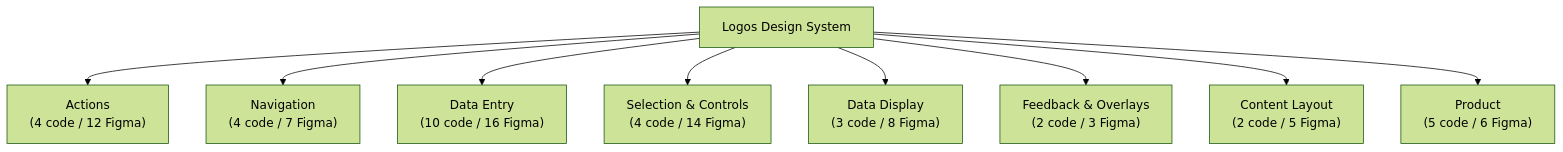
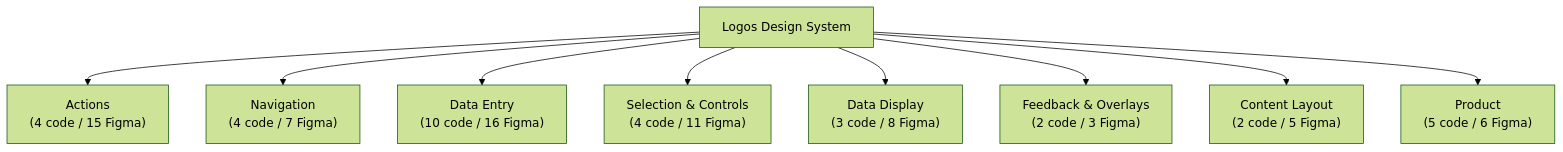
Before and after one commit to calebn/design-system-theme-evolution: the second of 2 diagrams in inventory/docs/08-taxonomy.md, drawn with Mermaid (forest theme). The commit also changed other lines of this file and 12 other files, not shown here.

````diff
--- a/inventory/docs/08-taxonomy.md
+++ b/inventory/docs/08-taxonomy.md
@@ -63,12 +63,12 @@
 ```mermaid
 graph TD
   DesignSystem["Logos Design System"]
-  DesignSystem --> actions["Actions\n(4 code / 12 Figma)"]
+  DesignSystem --> actions["Actions\n(4 code / 15 Figma)"]
   DesignSystem --> navigation["Navigation\n(4 code / 7 Figma)"]
   DesignSystem --> data_entry["Data Entry\n(10 code / 16 Figma)"]
-  DesignSystem --> selection["Selection & Controls\n(4 code / 14 Figma)"]
+  DesignSystem --> selection["Selection & Controls\n(4 code / 11 Figma)"]
   DesignSystem --> data_display["Data Display\n(3 code / 8 Figma)"]
   DesignSystem --> feedback["Feedback & Overlays\n(2 code / 3 Figma)"]
   DesignSystem --> content_layout["Content Layout\n(2 code / 5 Figma)"]
   DesignSystem --> product["Product\n(5 code / 6 Figma)"]
 ```
````
